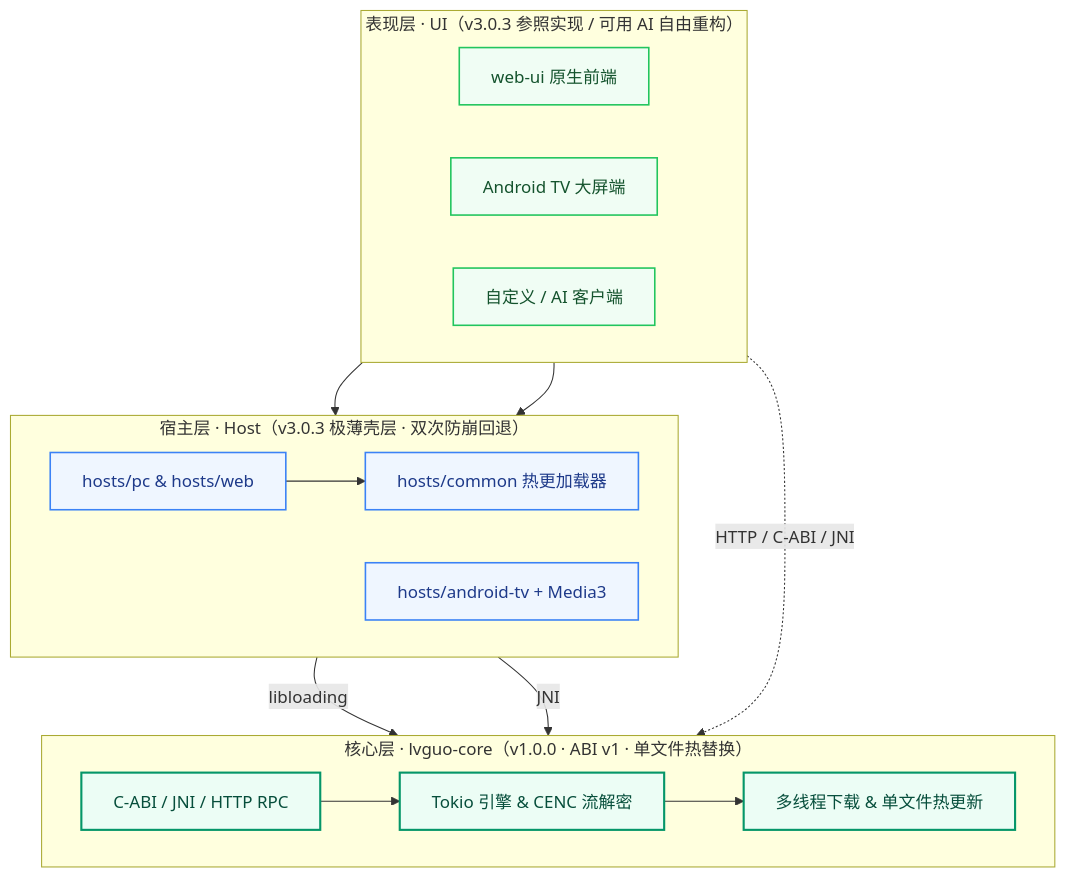
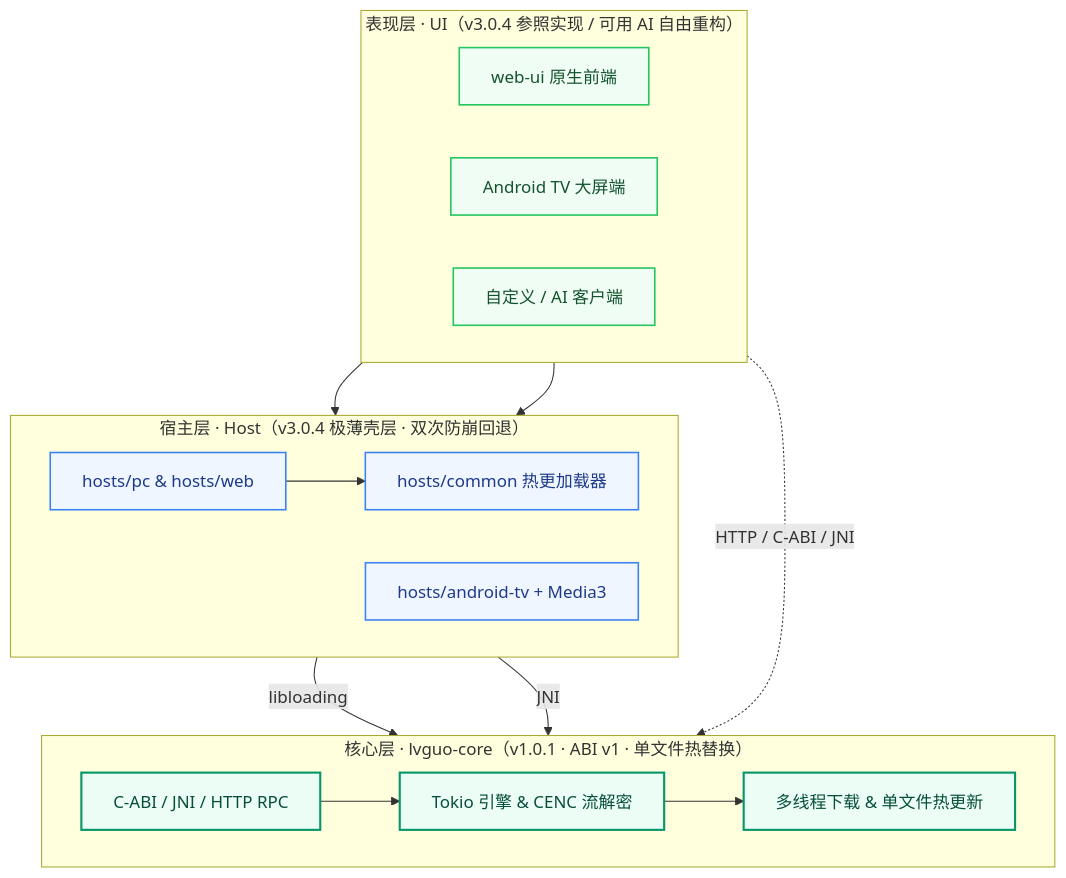
Before and after one commit to Amor5207/lvguo-core: the diagram in README.md, drawn with Mermaid. The commit also changed other lines of this file and 21 other files, not shown here.

````diff
--- a/README.md
+++ b/README.md
@@ -105,36 +105,36 @@
 ```mermaid
 flowchart TB
-    subgraph UI["表现层 · UI（v3.0.3 参照实现 / 可用 AI 自由重构）"]
+    subgraph UI["表现层 · UI（v3.0.4 参照实现 / 可用 AI 自由重构）"]
         direction LR
         WebUI["web-ui 原生前端"]
         TvUI["Android TV 大屏端"]
         CustomUI["自定义 / AI 客户端"]
     end
 
-    subgraph HOST["宿主层 · Host（v3.0.3 极薄壳层 · 双次防崩回退）"]
+    subgraph HOST["宿主层 · Host（v3.0.4 极薄壳层 · 双次防崩回退）"]
         direction LR
         PcWeb["hosts/pc & hosts/web"]
         Common["hosts/common 热更加载器"]
         TvHost["hosts/android-tv + Media3"]
     end
 
-    subgraph CORE["核心层 · lvguo-core（v1.0.0 · ABI v1 · 单文件热替换）"]
+    subgraph CORE["核心层 · lvguo-core（v1.0.1 · ABI v1 · 单文件热替换）"]
         direction LR
         Boundary["C-ABI / JNI / HTTP RPC"]
         Stream["Tokio 引擎 & CENC 流解密"]
         Delivery["多线程下载 & 单文件热更新"]
     end
 
     WebUI --> PcWeb --> Common
     Common -->|"libloading"| Boundary
     TvUI --> TvHost -->|"JNI"| Boundary
     CustomUI -.->|"HTTP / C-ABI / JNI"| Boundary
     Boundary --> Stream --> Delivery
 
     classDef uiCls fill:#f0fdf4,stroke:#22c55e,color:#14532d,stroke-width:1.5px
     classDef hostCls fill:#eff6ff,stroke:#3b82f6,color:#1e3a8a,stroke-width:1.5px
     classDef coreCls fill:#ecfdf5,stroke:#059669,color:#064e3b,stroke-width:2px
     class WebUI,TvUI,CustomUI uiCls
     class PcWeb,Common,TvHost hostCls
     class Boundary,Stream,Delivery coreCls
 ```
````
